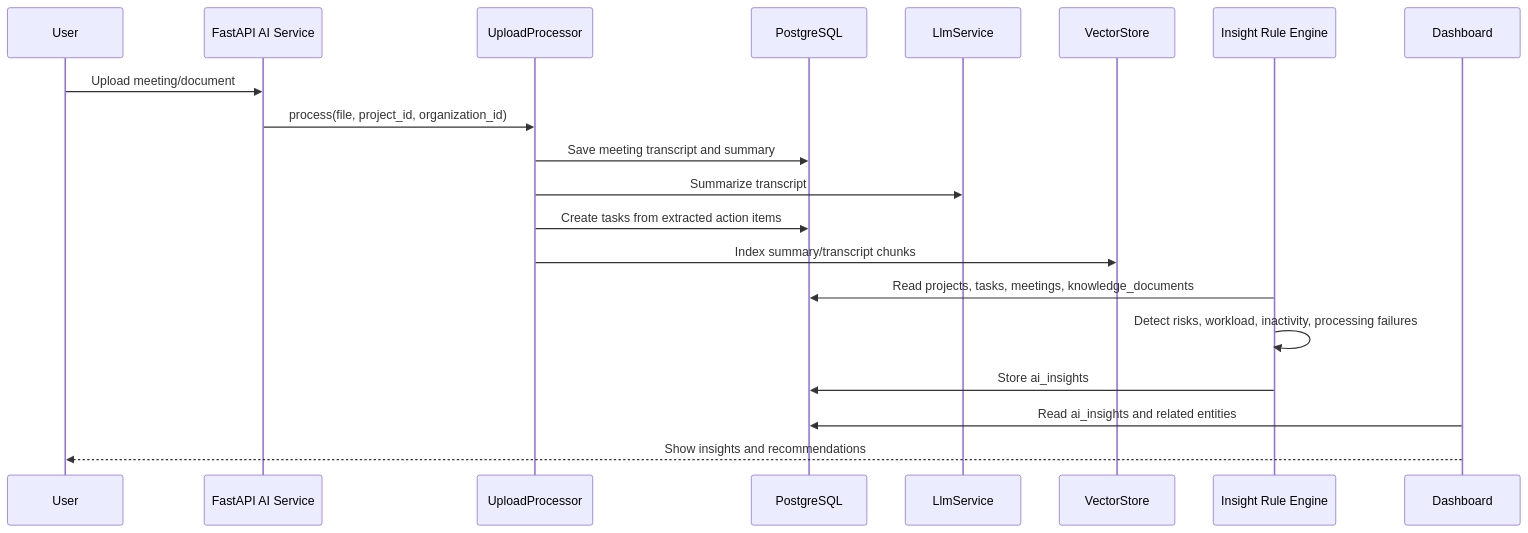
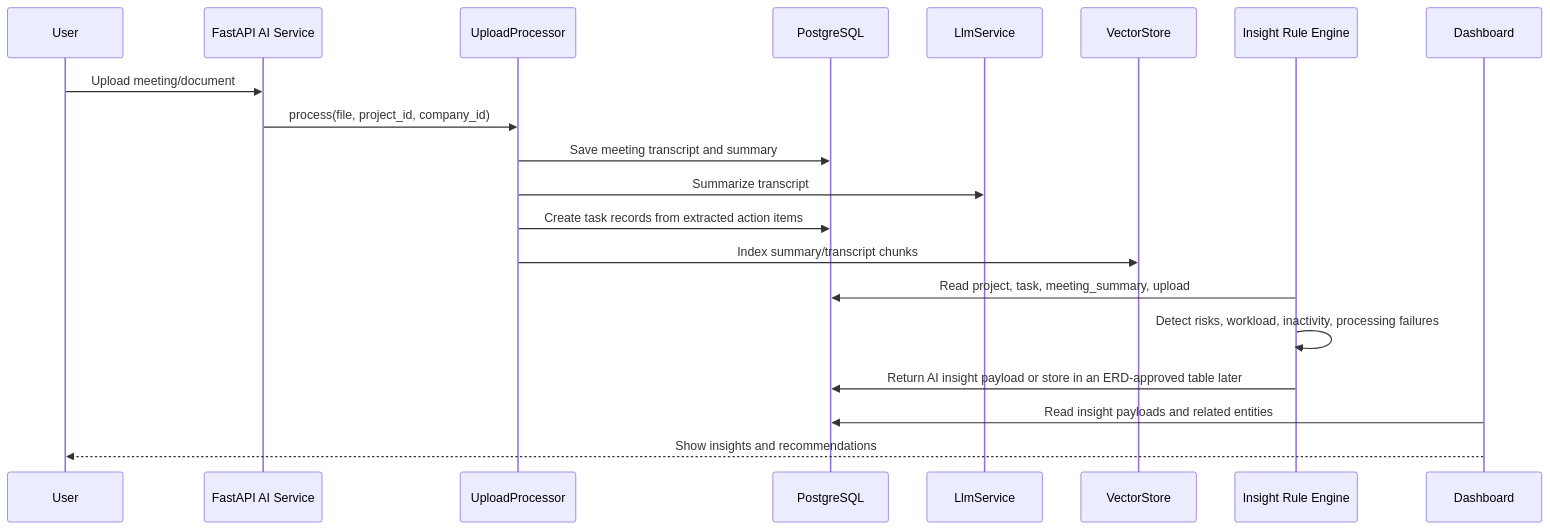
One commit to Teamoria/ai changed the second of 2 diagrams in ai/AI_Processing_Workflow.md. Above: the diagram before and after it, drawn with Mermaid. The commit also changed other lines of this file and 8 other files, not shown here.

````diff
--- a/ai/AI_Processing_Workflow.md
+++ b/ai/AI_Processing_Workflow.md
@@ -30,23 +30,23 @@
 ```mermaid
 sequenceDiagram
     participant User
     participant API as FastAPI AI Service
     participant Upload as UploadProcessor
     participant DB as PostgreSQL
     participant LLM as LlmService
     participant Vector as VectorStore
     participant Rules as Insight Rule Engine
     participant Dashboard
 
     User->>API: Upload meeting/document
-    API->>Upload: process(file, project_id, organization_id)
+    API->>Upload: process(file, project_id, company_id)
     Upload->>DB: Save meeting transcript and summary
     Upload->>LLM: Summarize transcript
-    Upload->>DB: Create tasks from extracted action items
+    Upload->>DB: Create task records from extracted action items
     Upload->>Vector: Index summary/transcript chunks
-    Rules->>DB: Read projects, tasks, meetings, knowledge_documents
+    Rules->>DB: Read project, task, meeting_summary, upload
     Rules->>Rules: Detect risks, workload, inactivity, processing failures
-    Rules->>DB: Store ai_insights
-    Dashboard->>DB: Read ai_insights and related entities
+    Rules->>DB: Return AI insight payload or store in an ERD-approved table later
+    Dashboard->>DB: Read insight payloads and related entities
     Dashboard-->>User: Show insights and recommendations
 ```
````
